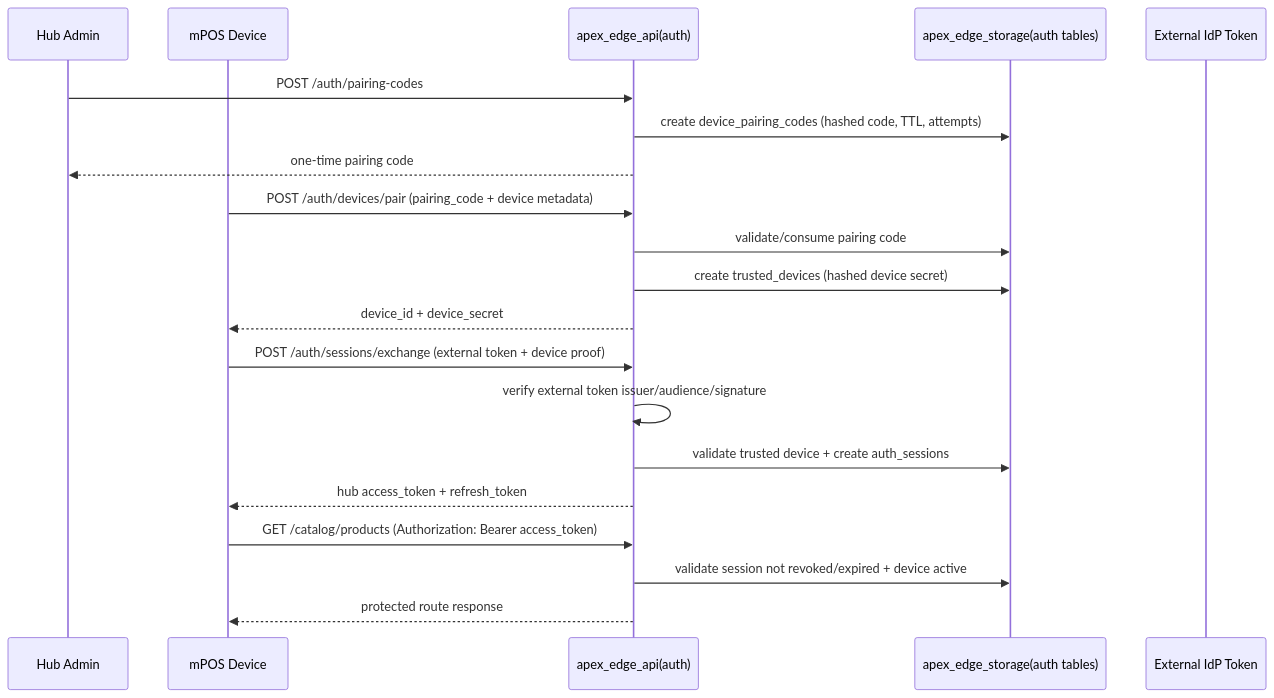
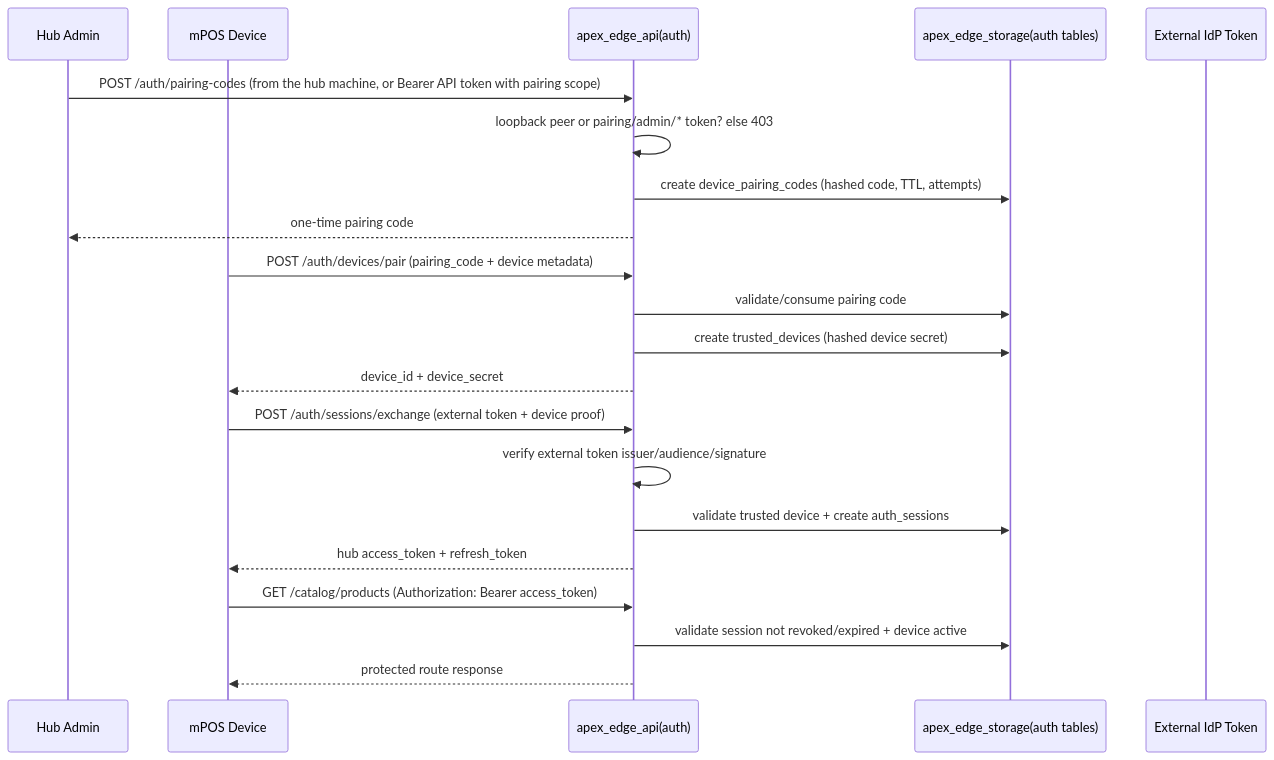
Diagram 16 of 46 in docs/architecture/README.md (AncientiCe/apex-edge), drawn with Mermaid before and after one commit. The commit also changed other lines of this file and 5 other files, not shown here.

Commit message:
Require a loopback peer or pairing-scoped API token to mint pairing codes

````diff
--- a/docs/architecture/README.md
+++ b/docs/architecture/README.md
@@ -563,26 +563,27 @@
 ```mermaid
 sequenceDiagram
     participant Admin as Hub Admin
     participant POS as mPOS Device
     participant API as apex_edge_api(auth)
     participant Store as apex_edge_storage(auth tables)
     participant Ext as External IdP Token
 
-    Admin->>API: POST /auth/pairing-codes
+    Admin->>API: POST /auth/pairing-codes (from the hub machine, or Bearer API token with pairing scope)
+    API->>API: loopback peer or pairing/admin/* token? else 403
     API->>Store: create device_pairing_codes (hashed code, TTL, attempts)
     API-->>Admin: one-time pairing code
 
     POS->>API: POST /auth/devices/pair (pairing_code + device metadata)
     API->>Store: validate/consume pairing code
     API->>Store: create trusted_devices (hashed device secret)
     API-->>POS: device_id + device_secret
 
     POS->>API: POST /auth/sessions/exchange (external token + device proof)
     API->>API: verify external token issuer/audience/signature
     API->>Store: validate trusted device + create auth_sessions
     API-->>POS: hub access_token + refresh_token
 
     POS->>API: GET /catalog/products (Authorization: Bearer access_token)
     API->>Store: validate session not revoked/expired + device active
     API-->>POS: protected route response
 ```
````
